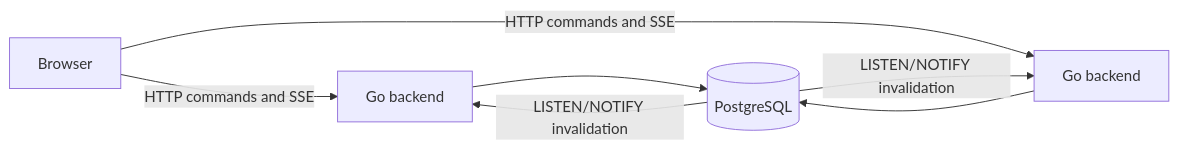
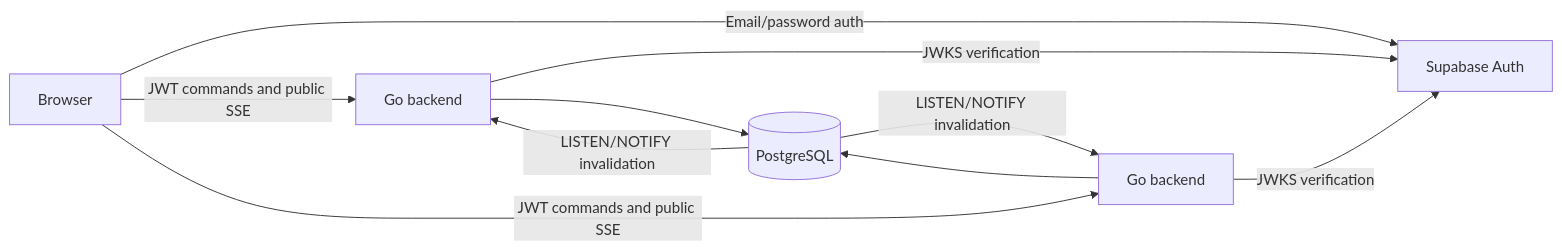
The diagram in INFRASTRUCTURE.md (nelsin-06/rock-paper-money), drawn with Mermaid before and after one commit. The commit also changed other lines of this file and 26 other files, not shown here.

````diff
--- a/INFRASTRUCTURE.md
+++ b/INFRASTRUCTURE.md
@@ -9,9 +9,12 @@
 ```mermaid
 flowchart LR
-    Browser -->|HTTP commands and SSE| BackendA[Go backend]
-    Browser -->|HTTP commands and SSE| BackendB[Go backend]
+    Browser -->|Email/password auth| SupabaseAuth[Supabase Auth]
+    Browser -->|JWT commands and public SSE| BackendA[Go backend]
+    Browser -->|JWT commands and public SSE| BackendB[Go backend]
+    BackendA -->|JWKS verification| SupabaseAuth
+    BackendB -->|JWKS verification| SupabaseAuth
     BackendA --> PostgreSQL[(PostgreSQL)]
     BackendB --> PostgreSQL
     PostgreSQL -->|LISTEN/NOTIFY invalidation| BackendA
     PostgreSQL -->|LISTEN/NOTIFY invalidation| BackendB
 ```
````
